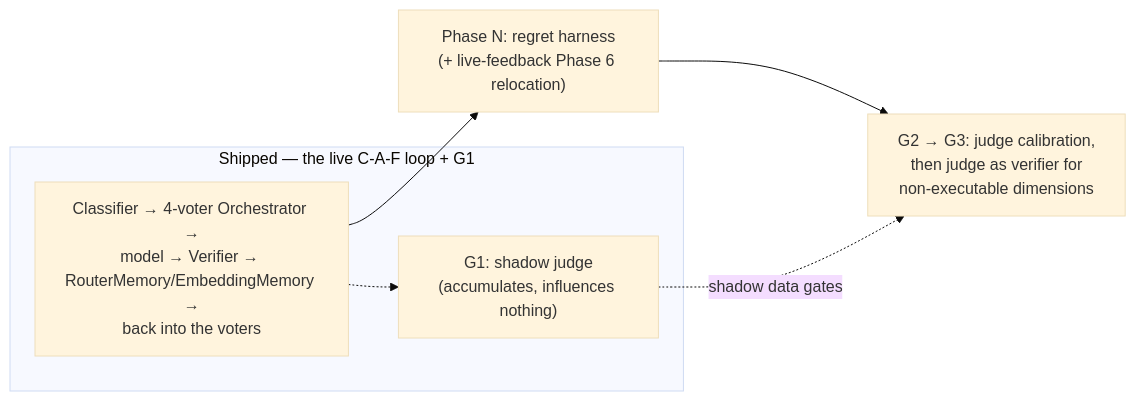
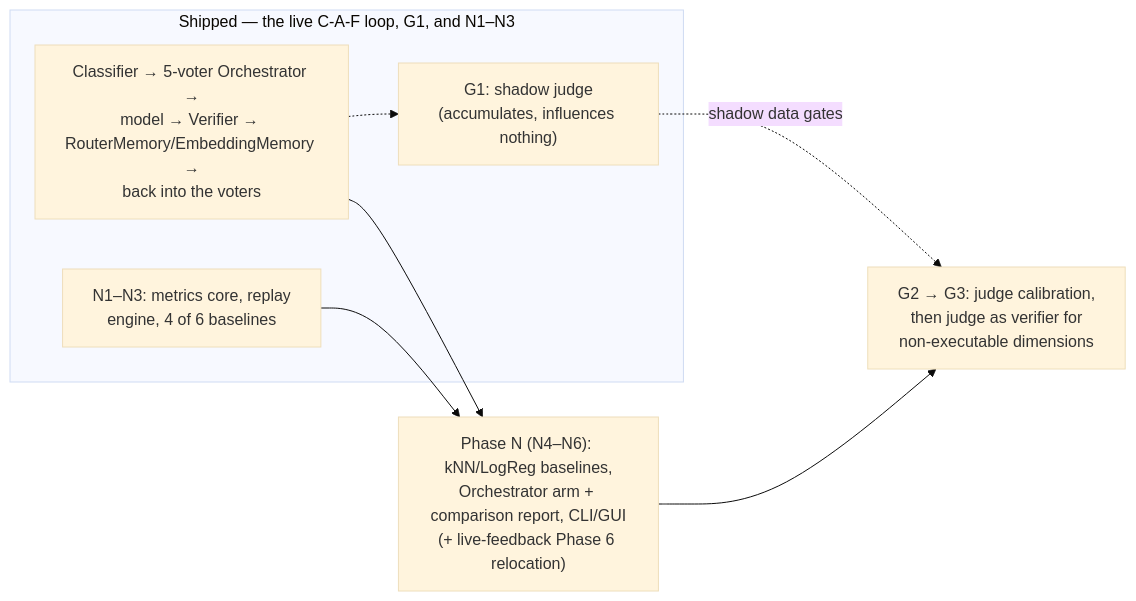
One commit to davidpizon/TotallyHot-ArcRouter changed the diagram in src/PLAN.md. Above: the diagram before and after it, drawn with Mermaid (base theme). The commit also changed other lines of this file and 44 other files, not shown here.

First line of the commit message:
Add embedding model identity tracking and validation

````diff
--- a/src/PLAN.md
+++ b/src/PLAN.md
@@ -53,14 +75,16 @@
 ```mermaid
 flowchart LR
-    subgraph shipped["Shipped — the live C-A-F loop + G1"]
-        LOOP["Classifier → 4-voter Orchestrator →<br/>model → Verifier → RouterMemory/EmbeddingMemory →<br/>back into the voters"]
+    subgraph shipped["Shipped — the live C-A-F loop, G1, and N1–N3"]
+        LOOP["Classifier → 5-voter Orchestrator →<br/>model → Verifier → RouterMemory/EmbeddingMemory →<br/>back into the voters"]
         G1["G1: shadow judge<br/>(accumulates, influences nothing)"]
+        N13["N1–N3: metrics core, replay<br/>engine, 4 of 6 baselines"]
         LOOP -.-> G1
     end
 
-    N["Phase N: regret harness<br/>(+ live-feedback Phase 6 relocation)"]
+    N["Phase N (N4–N6): kNN/LogReg baselines,<br/>Orchestrator arm + comparison report, CLI/GUI<br/>(+ live-feedback Phase 6 relocation)"]
     G23["G2 → G3: judge calibration,<br/>then judge as verifier for<br/>non-executable dimensions"]
 
     LOOP --> N --> G23
+    N13 --> N
     G1 -.->|"shadow data gates"| G23
 ```
````
